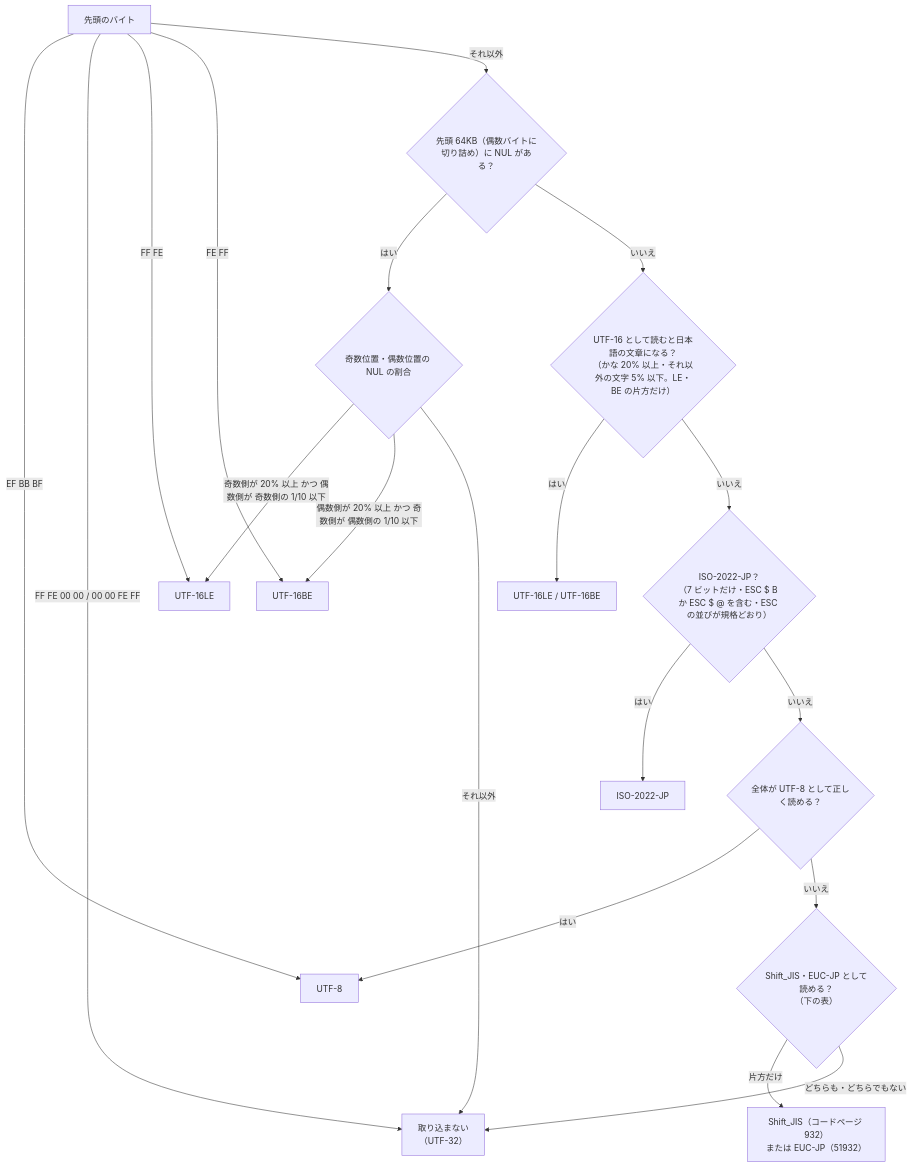
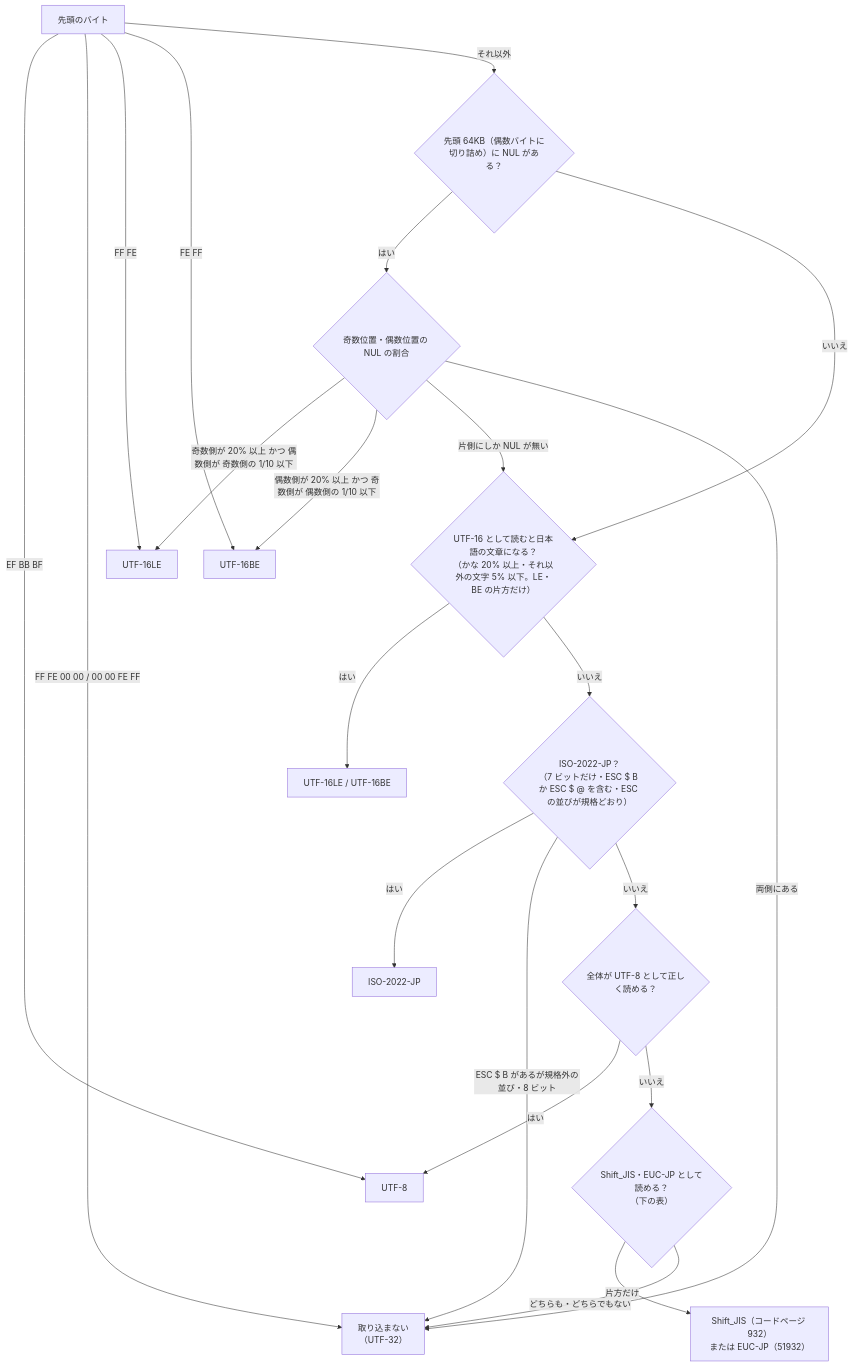
One commit to hsgwa/tebunko changed the diagram in docs/design/indexing/text.md. Above: the diagram before and after it, drawn with Mermaid. The commit also changed other lines of this file and 4 other files, not shown here.

````diff
--- a/docs/design/indexing/text.md
+++ b/docs/design/indexing/text.md
@@ -19,21 +19,23 @@
 ```mermaid
 flowchart TD
     A["先頭のバイト"] -->|"EF BB BF"| U8["UTF-8"]
     A -->|"FF FE 00 00 / 00 00 FE FF"| BIN["取り込まない<br>（UTF-32）"]
     A -->|"FF FE"| L16["UTF-16LE"]
     A -->|"FE FF"| B16["UTF-16BE"]
     A -->|"それ以外"| N{"先頭 64KB（偶数バイトに切り詰め）に NUL がある？"}
     N -- はい --> S{"奇数位置・偶数位置の NUL の割合"}
     S -->|"奇数側が 20% 以上 かつ 偶数側が 奇数側の 1/10 以下"| L16
     S -->|"偶数側が 20% 以上 かつ 奇数側が 偶数側の 1/10 以下"| B16
-    S -->|"それ以外"| BIN
+    S -->|"片側にしか NUL が無い"| J
+    S -->|"両側にある"| BIN
     N -- いいえ --> J{"UTF-16 として読むと日本語の文章になる？<br>（かな 20% 以上・それ以外の文字 5% 以下。LE・BE の片方だけ）"}
     J -- はい --> JU["UTF-16LE / UTF-16BE"]
     J -- いいえ --> I{"ISO-2022-JP？<br>（7 ビットだけ・ESC $ B か ESC $ @ を含む・ESC の並びが規格どおり）"}
     I -- はい --> IJ["ISO-2022-JP"]
+    I -- "ESC $ B があるが規格外の並び・8 ビット" --> BIN
     I -- いいえ --> D{"全体が UTF-8 として正しく読める？"}
     D -- はい --> U8
     D -- いいえ --> L{"Shift_JIS・EUC-JP として読める？<br>（下の表）"}
     L -->|"片方だけ"| LJ["Shift_JIS（コードページ 932）<br>または EUC-JP（51932）"]
     L -->|"どちらも・どちらでもない"| BIN
 ```
````
